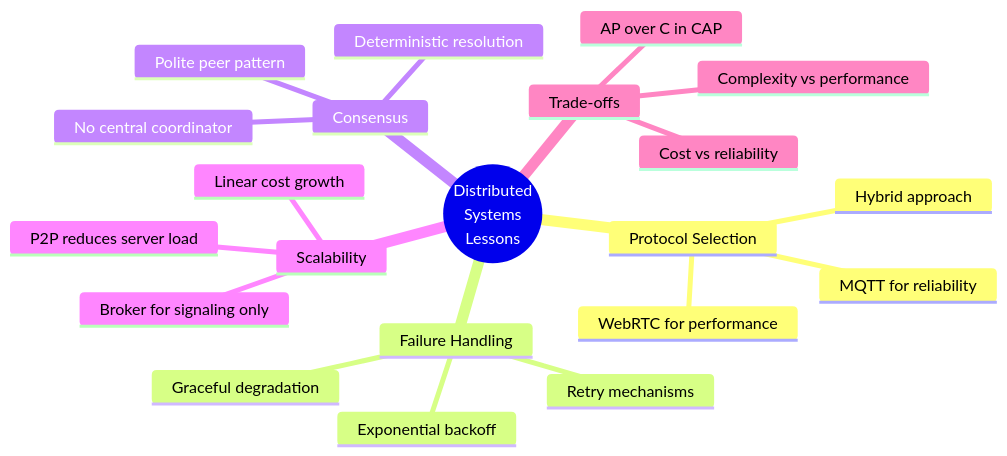
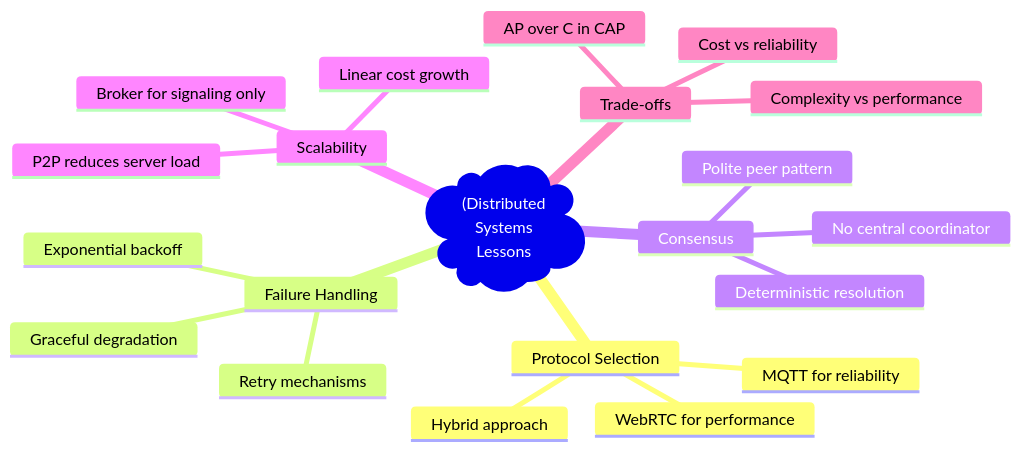
Before and after one commit to amr-kasem/distributed-systems-flutter-chat-peer: diagram 18 of 18 in reference_docs/DISTRIBUTED_SYSTEMS_OVERVIEW.md, drawn with Mermaid. The commit also changed other lines of this file and 7 other files, not shown here.

Commit message:
solved issues with diagrams

````diff
--- a/reference_docs/DISTRIBUTED_SYSTEMS_OVERVIEW.md
+++ b/reference_docs/DISTRIBUTED_SYSTEMS_OVERVIEW.md
@@ -700,24 +700,24 @@
 ```mermaid
 mindmap
-  root((Distributed<br/>Systems<br/>Lessons))
+  root("(Distributed<br/>Systems<br/>Lessons"))
     Protocol Selection
       MQTT for reliability
       WebRTC for performance
       Hybrid approach
     Failure Handling
       Retry mechanisms
       Exponential backoff
       Graceful degradation
     Consensus
       Polite peer pattern
       Deterministic resolution
       No central coordinator
     Scalability
       P2P reduces server load
       Broker for signaling only
       Linear cost growth
     Trade-offs
       AP over C in CAP
       Complexity vs performance
       Cost vs reliability
 ```
````
